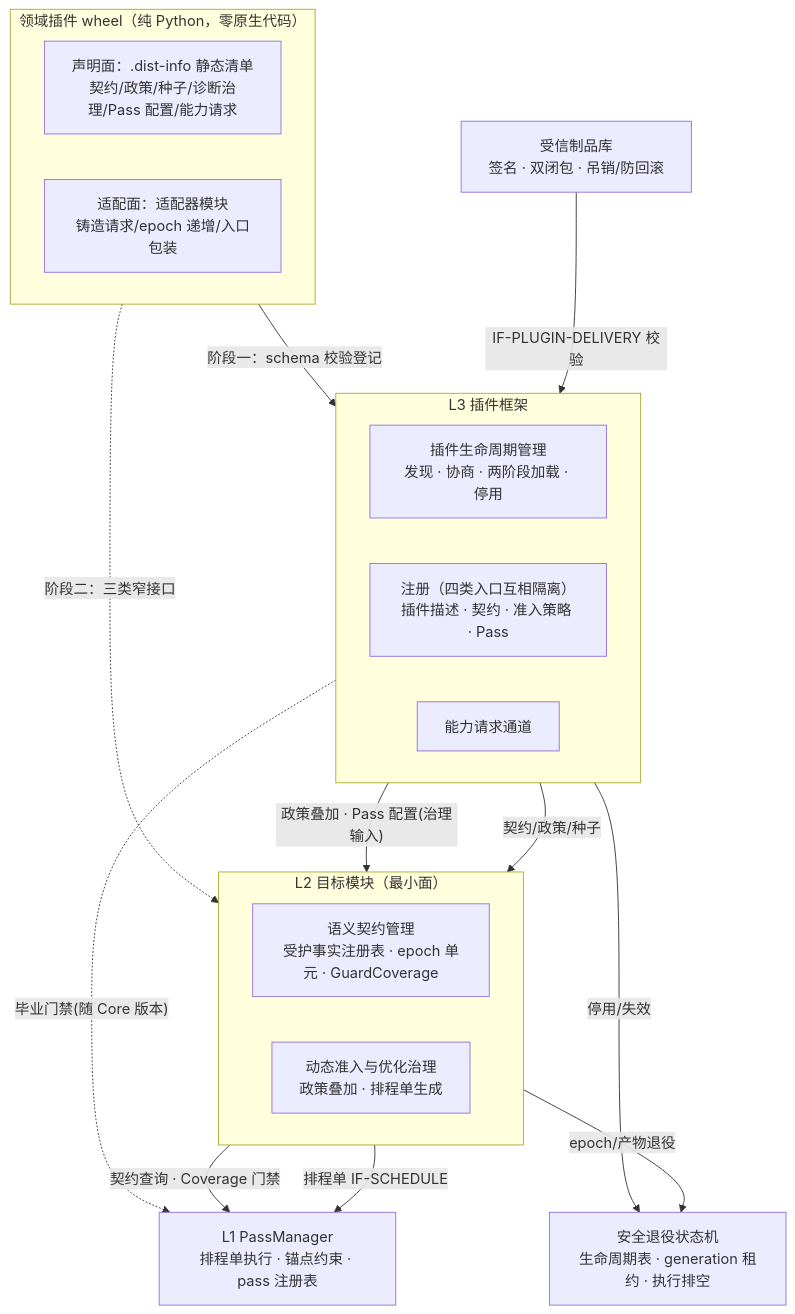
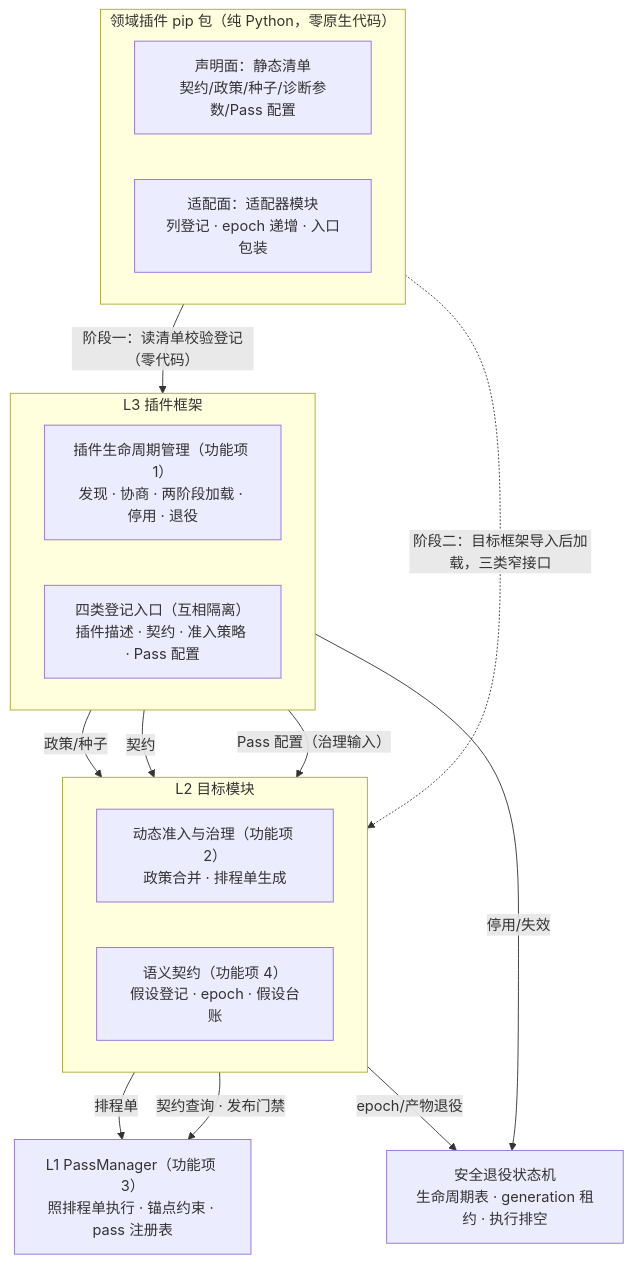
One commit to openeuler-mirror/cinderx changed the diagram in docs/design/plugin-framework/【功能设计】CinderX支持插件化.md. Above: the diagram before and after it, drawn with Mermaid. The commit also changed other lines of this file and 1 other file, not shown here.

````diff
--- a/docs/design/plugin-framework/【功能设计】CinderX支持插件化.md
+++ b/docs/design/plugin-framework/【功能设计】CinderX支持插件化.md
@@ -155,36 +121,33 @@
 ```mermaid
 flowchart TB
-    TRUST["受信制品库<br/>签名 · 双闭包 · 吊销/防回滚"]
-    subgraph PLG ["领域插件 wheel（纯 Python，零原生代码）"]
+    subgraph PLG ["领域插件 pip 包（纯 Python，零原生代码）"]
         direction LR
-        DIST["声明面：.dist-info 静态清单<br/>契约/政策/种子/诊断治理/Pass 配置/能力请求"]
-        ADPT["适配面：适配器模块<br/>铸造请求/epoch 递增/入口包装"]
+        DIST["声明面：静态清单<br/>契约/政策/种子/诊断参数/Pass 配置"]
+        ADPT["适配面：适配器模块<br/>列登记 · epoch 递增 · 入口包装"]
     end
 
     subgraph L3G ["L3 插件框架"]
         direction LR
-        LIFE["插件生命周期管理<br/>发现 · 协商 · 两阶段加载 · 停用"]
-        REGM["注册（四类入口互相隔离）<br/>插件描述 · 契约 · 准入策略 · Pass"]
-        CAPQ["能力请求通道"]
+        LIFE["插件生命周期管理（功能项 1）<br/>发现 · 协商 · 两阶段加载 · 停用 · 退役"]
+        REGM["四类登记入口（互相隔离）<br/>插件描述 · 契约 · 准入策略 · Pass 配置"]
     end
 
-    subgraph L2G ["L2 目标模块（最小面）"]
+    subgraph L2G ["L2 目标模块"]
         direction LR
-        CT["语义契约管理<br/>受护事实注册表 · epoch 单元 · GuardCoverage"]
-        ADM["动态准入与优化治理<br/>政策叠加 · 排程单生成"]
+        ADM["动态准入与治理（功能项 2）<br/>政策合并 · 排程单生成"]
+        CT["语义契约（功能项 4）<br/>假设登记 · epoch · 假设台账"]
     end
 
-    PM["L1 PassManager<br/>排程单执行 · 锚点约束 · pass 注册表"]
+    PM["L1 PassManager（功能项 3）<br/>照排程单执行 · 锚点约束 · pass 注册表"]
     RET["安全退役状态机<br/>生命周期表 · generation 租约 · 执行排空"]
 
-    TRUST -->|"IF-PLUGIN-DELIVERY 校验"| LIFE
-    DIST -->|"阶段一：schema 校验登记"| REGM
-    ADPT -.->|"阶段二：三类窄接口"| CT
-    REGM -->|"契约/政策/种子"| CT
-    REGM -->|"政策叠加 · Pass 配置(治理输入)"| ADM
-    ADM -->|"排程单 IF-SCHEDULE"| PM
-    CT -->|"契约查询 · Coverage 门禁"| PM
+    DIST -->|"阶段一：读清单校验登记（零代码）"| REGM
+    ADPT -.->|"阶段二：目标框架导入后加载，三类窄接口"| CT
+    REGM -->|"政策/种子"| ADM
+    REGM -->|"契约"| CT
+    REGM -->|"Pass 配置（治理输入）"| ADM
+    ADM -->|"排程单"| PM
+    CT -->|"契约查询 · 发布门禁"| PM
     LIFE -->|"停用/失效"| RET
     CT -->|"epoch/产物退役"| RET
-    CAPQ -.->|"毕业门禁(随 Core 版本)"| PM
 ```
````
